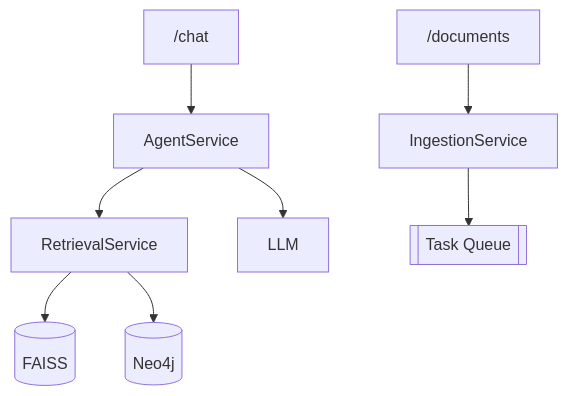
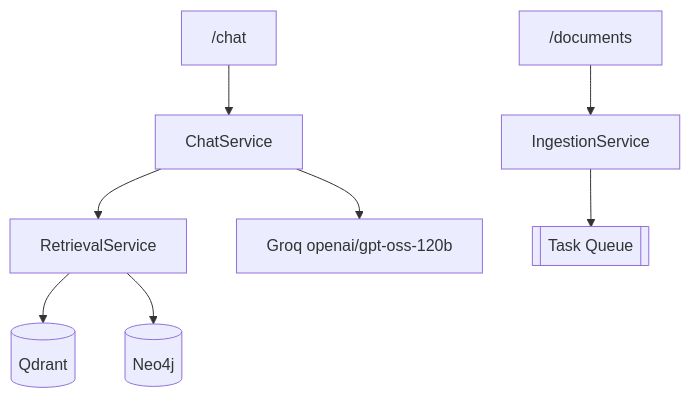
One commit to pratapVansh/TRACE changed the fourth of 10 diagrams in docs/06_BACKEND_ARCHITECTURE.md. Above: the diagram before and after it, drawn with Mermaid. The commit also changed other lines of this file and 60 other files, not shown here.

````diff
--- a/docs/06_BACKEND_ARCHITECTURE.md
+++ b/docs/06_BACKEND_ARCHITECTURE.md
@@ -260,10 +262,10 @@
 ```mermaid
 flowchart TB
-    ChatRoute["/chat"] --> AgentService
-    AgentService --> RetrievalService
-    RetrievalService --> FAISS[("FAISS")]
+    ChatRoute["/chat"] --> ChatService
+    ChatService --> RetrievalService
+    RetrievalService --> Qdrant[("Qdrant")]
     RetrievalService --> Neo4j[("Neo4j")]
-    AgentService --> LLM["LLM"]
+    ChatService --> LLM["Groq openai/gpt-oss-120b"]
     DocsRoute["/documents"] --> IngestionService
     IngestionService --> Queue[["Task Queue"]]
 ```
````
